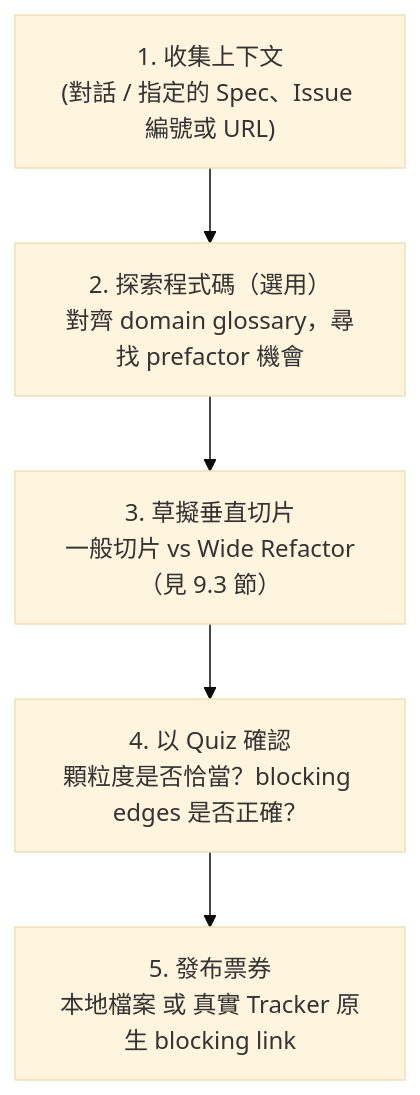
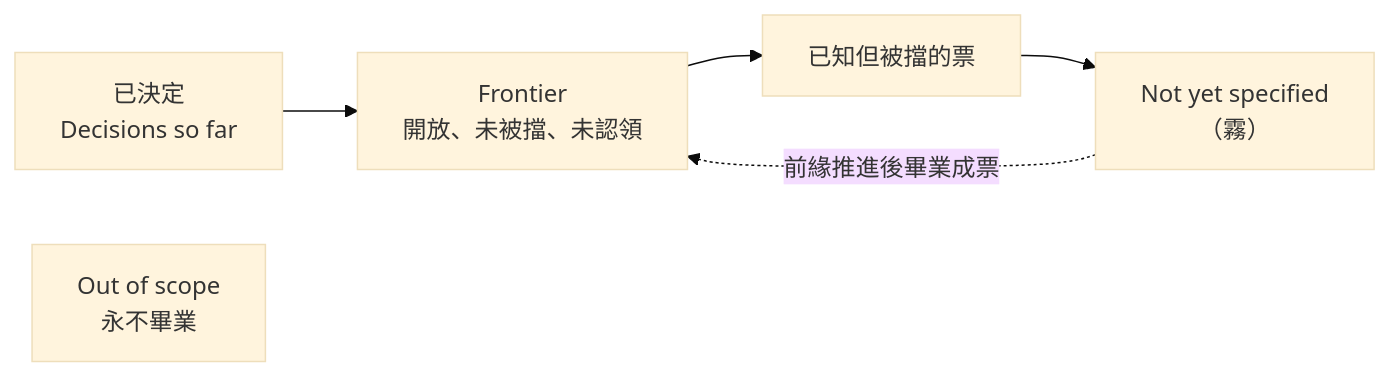
Before and after one commit to chihhung/Blog: the seventh of 14 diagrams in content/posts/教學/AI開發/mattpocock skills 教學手冊.md, drawn with Mermaid (base theme). The commit also changed other lines of this file and 1 other file, not shown here.

````diff
--- a/content/posts/教學/AI開發/mattpocock skills 教學手冊.md
+++ b/content/posts/教學/AI開發/mattpocock skills 教學手冊.md
@@ -1550,7 +1846,8 @@
 ```mermaid
-flowchart TD
-    A["1. 收集上下文<br/>(對話 / 指定的 Spec、Issue 編號或 URL)"] --> B["2. 探索程式碼（選用）<br/>對齊 domain glossary，尋找 prefactor 機會"]
-    B --> C["3. 草擬垂直切片<br/>一般切片 vs Wide Refactor（見 9.3 節）"]
-    C --> D["4. 以 Quiz 確認<br/>顆粒度是否恰當？blocking edges 是否正確？"]
-    D --> E["5. 發布票券<br/>本地檔案 或 真實 Tracker 原生 blocking link"]
+flowchart LR
+    D["已決定<br/>Decisions so far"] --> F["Frontier<br/>開放、未被擋、未認領"]
+    F --> B["已知但被擋的票"]
+    B --> N["Not yet specified<br/>（霧）"]
+    N -.->|"前緣推進後畢業成票"| F
+    O["Out of scope<br/>永不畢業"]
 ```
````
